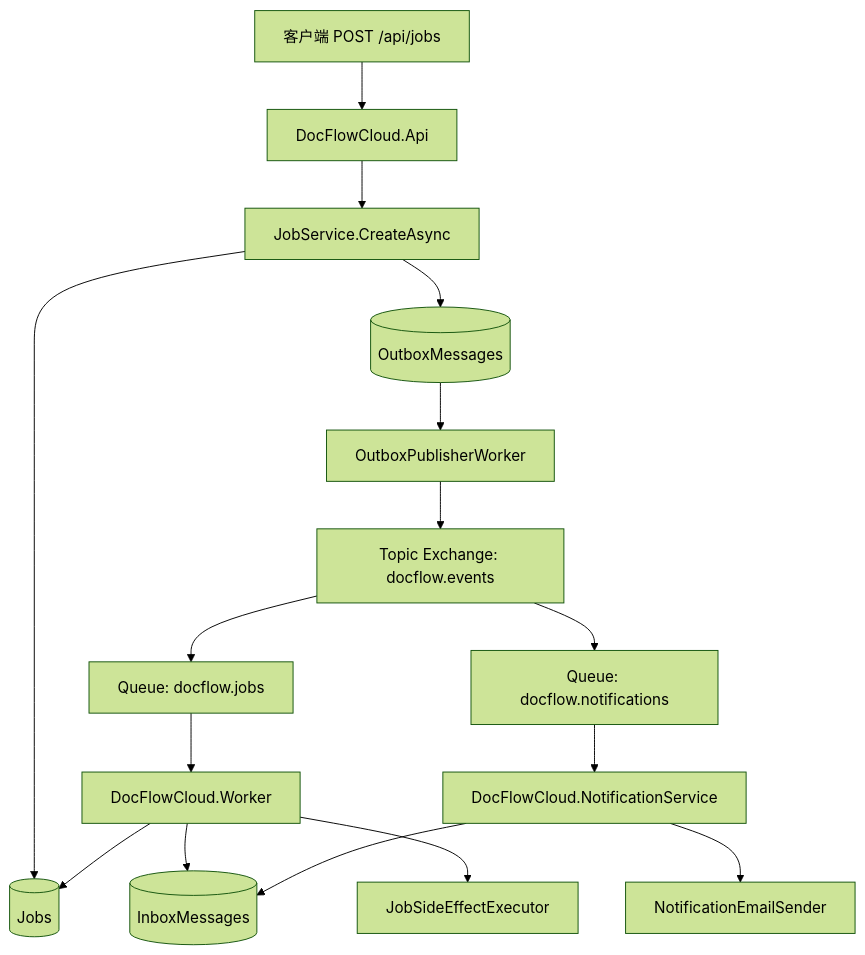
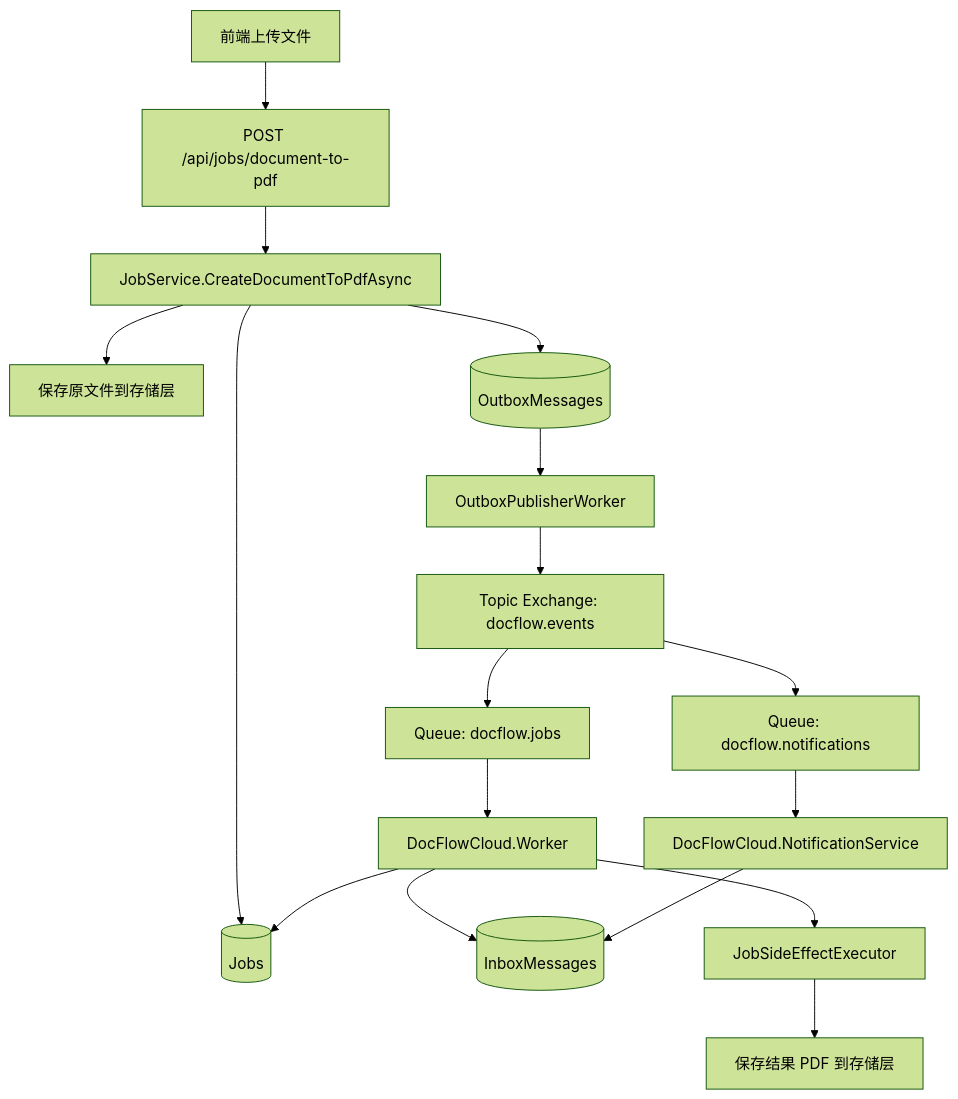
The first of 4 diagrams in docs/system-flow.md (haoyucheng369-gif/DocFlowCloud), drawn with Mermaid (forest theme) before and after one commit. The commit also changed other lines of this file and 3 other files, not shown here.

````diff
--- a/docs/system-flow.md
+++ b/docs/system-flow.md
@@ -7,18 +7,19 @@
 ```mermaid
 flowchart TD
-    A[客户端 POST /api/jobs] --> B[DocFlowCloud.Api]
-    B --> C[JobService.CreateAsync]
-    C --> D[(Jobs)]
-    C --> E[(OutboxMessages)]
-    E --> F[OutboxPublisherWorker]
-    F --> G[Topic Exchange: docflow.events]
-    G --> H[Queue: docflow.jobs]
-    G --> I[Queue: docflow.notifications]
-    H --> J[DocFlowCloud.Worker]
-    I --> K[DocFlowCloud.NotificationService]
-    J --> L[(InboxMessages)]
-    K --> L
-    J --> M[JobSideEffectExecutor]
-    K --> N[NotificationEmailSender]
-    J --> D
+    A[前端上传文件] --> B[POST /api/jobs/document-to-pdf]
+    B --> C[JobService.CreateDocumentToPdfAsync]
+    C --> D[保存原文件到存储层]
+    C --> E[(Jobs)]
+    C --> F[(OutboxMessages)]
+    F --> G[OutboxPublisherWorker]
+    G --> H[Topic Exchange: docflow.events]
+    H --> I[Queue: docflow.jobs]
+    H --> J[Queue: docflow.notifications]
+    I --> K[DocFlowCloud.Worker]
+    J --> L[DocFlowCloud.NotificationService]
+    K --> M[(InboxMessages)]
+    L --> M
+    K --> N[JobSideEffectExecutor]
+    N --> O[保存结果 PDF 到存储层]
+    K --> E
 ```
````
